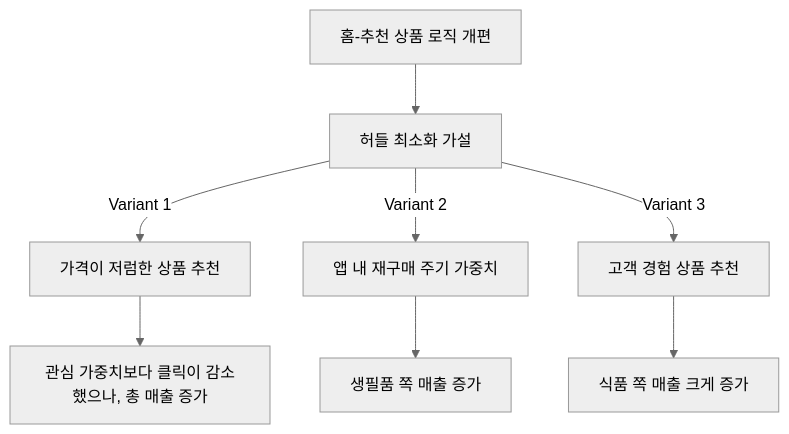
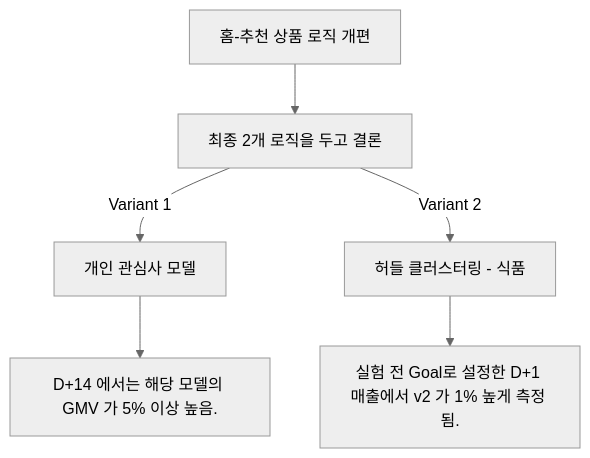
The diagram in 1_Anaysis_History/3_3_Conv_Period.md (seopw28/vex), drawn with Mermaid (neutral theme) before and after one commit. The commit also changed other lines of this file and 1 other file, not shown here.

````diff
--- a/1_Anaysis_History/3_3_Conv_Period.md
+++ b/1_Anaysis_History/3_3_Conv_Period.md
@@ -17,9 +19,8 @@
 ```mermaid
 flowchart TD
 
-    a[홈-추천 상품 로직 개편] --> b[허들 최소화 가설]
-    b --> |Variant 1| c[가격이 저럼한 상품 추천] --> f[관심 가중치보다 클릭이 감소했으나, 총 매출 증가]
-    b --> |Variant 2| d[앱 내 재구매 주기 가중치] --> g[생필품 쪽 매출 증가]
-    b --> |Variant 3| e[고객 경험 상품 추천] --> h[식품 쪽 매출 크게 증가]
+    a[홈-추천 상품 로직 개편] --> b[최종 2개 로직을 두고 결론]
+    b --> |Variant 1| c[개인 관심사 모델] --> f[D+14 에서는 해당 모델의 GMV 가 5% 이상 높음.]
+    b --> |Variant 2| d[허들 클러스터링 - 식품] --> g[실험 전 Goal로 설정한 D+1 매출에서 v2 가 1% 높게 측정 됨.]
 
 ```
````
